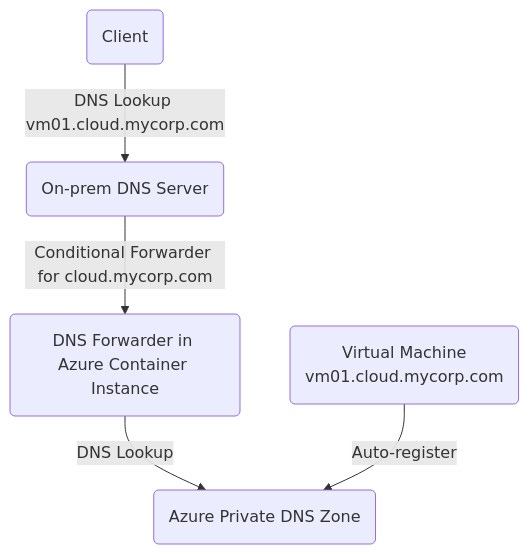
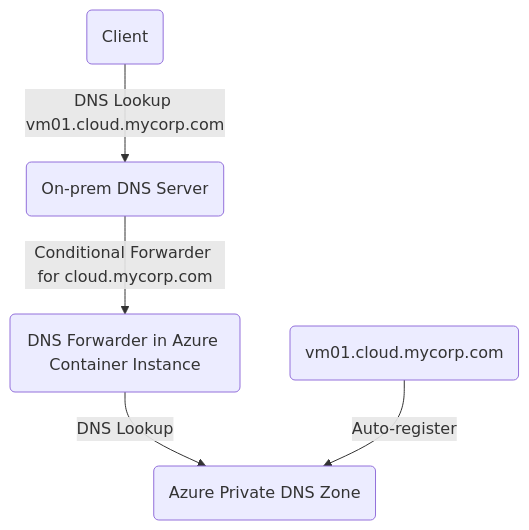
Before and after one commit to nielsams/azure-dns-forwarder: the diagram in README.md, drawn with Mermaid.

Commit message:
add a little doc

````diff
--- a/README.md
+++ b/README.md
@@ -10,7 +10,7 @@
 ```mermaid
 graph TD
     A(Client) -->|DNS Lookup vm01.cloud.mycorp.com| B(On-prem DNS Server)
-    B --> |Conditional Forwarder for cloud.mycorp.com|C(DNS Forwarder in \nAzure Container Instance)
+    B --> |Conditional Forwarder for cloud.mycorp.com|C(DNS Forwarder in Azure Container Instance)
     C -->|DNS Lookup| D(Azure Private DNS Zone)
-    E(Virtual Machine \nvm01.cloud.mycorp.com) --> |Auto-register| D
+    E(vm01.cloud.mycorp.com) --> |Auto-register| D
 ```
````
